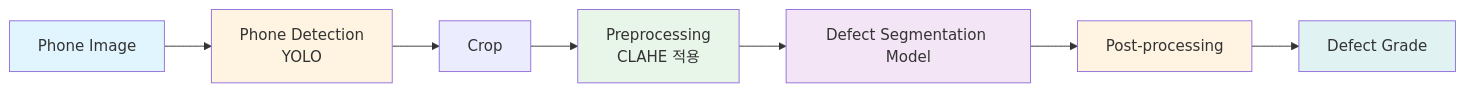
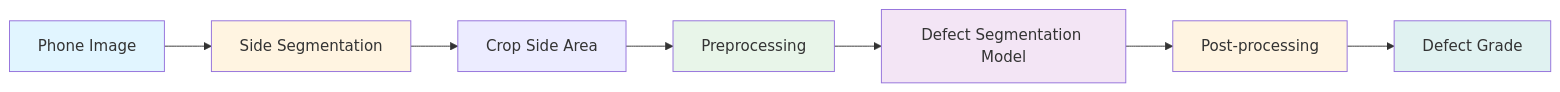
Before and after one commit to yong-again/portfolio: the second of 3 diagrams in phone_detect/README.md, drawn with Mermaid. The commit also changed other lines of this file and 12 other files, not shown here.

````diff
--- a/phone_detect/README.md
+++ b/phone_detect/README.md
@@ -59,16 +60,16 @@
 ```mermaid
 graph LR
-    A[Phone Image] --> B[Phone Detection<br/>YOLO]
-    B --> C[Crop]
-    C --> D[Preprocessing<br/>CLAHE 적용]
+    A[Phone Image] --> B[Side Segmentation<br/>]
+    B --> C[Crop Side Area]
+    C --> D[Preprocessing]
     D --> E[Defect Segmentation Model]
     E --> F[Post-processing]
     F --> G[Defect Grade]
     
     style A fill:#e1f5ff
     style B fill:#fff4e1
     style D fill:#e8f5e9
     style E fill:#f3e5f5
     style F fill:#fff4e1
     style G fill:#e0f2f1
 ```
````
